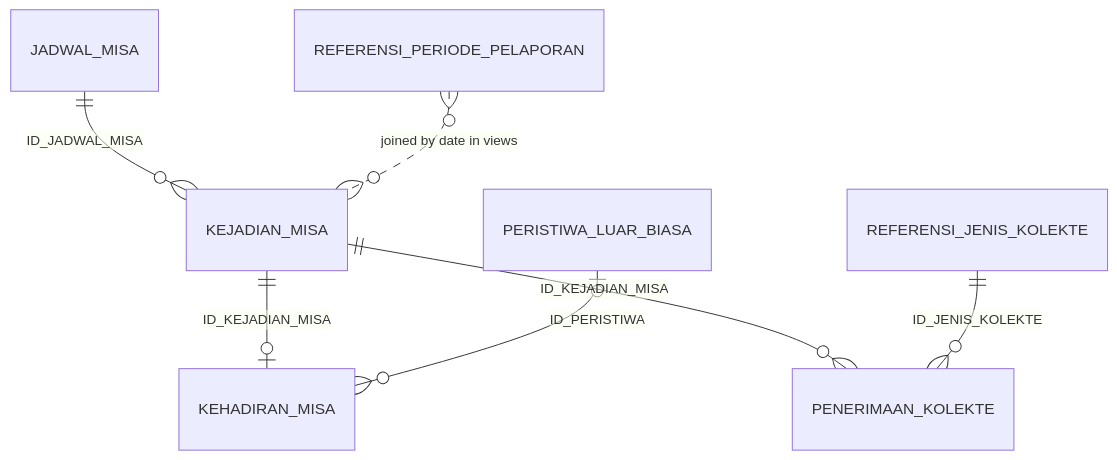
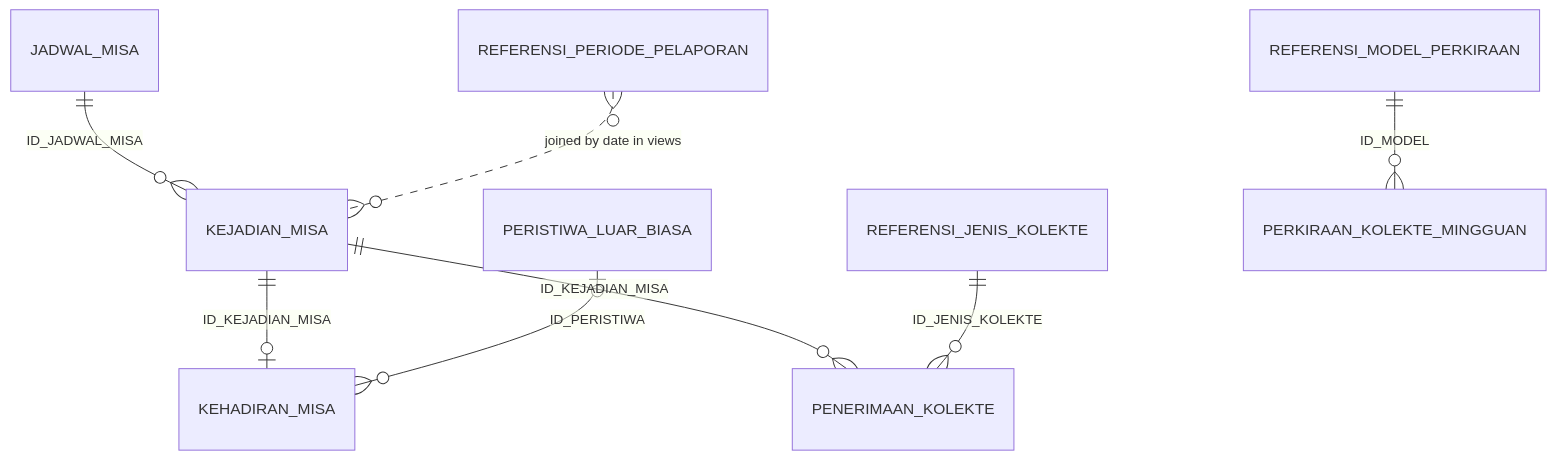
Before and after one commit to mizuruka92/church-activties: the second of 7 diagrams in docs/DATA_MODEL.md, drawn with Mermaid. The commit also changed other lines of this file and 40 other files, not shown here.

````diff
--- a/docs/DATA_MODEL.md
+++ b/docs/DATA_MODEL.md
@@ -59,9 +60,10 @@
 ```mermaid
 erDiagram
     JADWAL_MISA ||--o{ KEJADIAN_MISA : "ID_JADWAL_MISA"
     KEJADIAN_MISA ||--o| KEHADIRAN_MISA : "ID_KEJADIAN_MISA"
     PERISTIWA_LUAR_BIASA |o--o{ KEHADIRAN_MISA : "ID_PERISTIWA"
     KEJADIAN_MISA ||--o{ PENERIMAAN_KOLEKTE : "ID_KEJADIAN_MISA"
     REFERENSI_JENIS_KOLEKTE ||--o{ PENERIMAAN_KOLEKTE : "ID_JENIS_KOLEKTE"
     REFERENSI_PERIODE_PELAPORAN }o..o{ KEJADIAN_MISA : "joined by date in views"
+    REFERENSI_MODEL_PERKIRAAN ||--o{ PERKIRAAN_KOLEKTE_MINGGUAN : "ID_MODEL"
 ```
````
